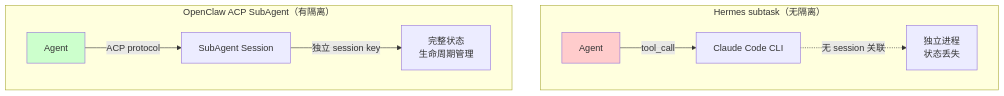
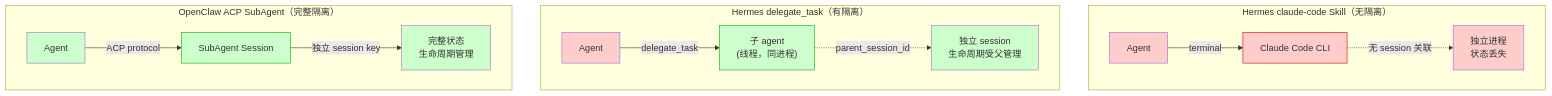
The second of 4 diagrams in 第3章-SubAgent对比.md (zzyong24/hermes-openclaw-book), drawn with Mermaid before and after one commit. The commit also changed other lines of this file and 6 other files, not shown here.

Commit message:
修复 mermaid 图表：flowchart 改为 graph 兼容 11.x

````diff
--- a/第3章-SubAgent对比.md
+++ b/第3章-SubAgent对比.md
@@ -122,15 +179,27 @@
 ```mermaid
-flowchart TD
-    subgraph Hermes["Hermes subtask（无隔离）"]
-        A1["Agent"] -->|tool_call| B1["Claude Code CLI"]
-        B1 -.->|无 session 关联| C1["独立进程<br>状态丢失"]
+graph TD
+    subgraph HermesSkill["Hermes claude-code Skill（无隔离）"]
+        A1["Agent"] -->|terminal| B1["Claude Code CLI"]
+        B1 -.->|无 session 关联| C1["独立进程<br/>状态丢失"]
     end
 
-    subgraph OpenClaw["OpenClaw ACP SubAgent（有隔离）"]
-        A2["Agent"] -->|ACP protocol| B2["SubAgent Session"]
-        B2 -->|独立 session key| C2["完整状态<br>生命周期管理"]
+    subgraph HermesDelegate["Hermes delegate_task（有隔离）"]
+        A2["Agent"] -->|delegate_task| B2["子 agent<br/>(线程，同进程)"]
+        B2 -.->|parent_session_id| C2["独立 session<br/>生命周期受父管理"]
+    end
+
+    subgraph OpenClaw["OpenClaw ACP SubAgent（完整隔离）"]
+        A3["Agent"] -->|ACP protocol| B3["SubAgent Session"]
+        B3 -->|独立 session key| C3["完整状态<br/>生命周期管理"]
     end
 
     style A1 fill:#ffcccc
-    style A2 fill:#ccffcc
+    style B1 fill:#ffcccc,stroke:#cc0000
+    style C1 fill:#ffcccc
+    style A2 fill:#ffcccc
+    style B2 fill:#ccffcc,stroke:#00aa00
+    style C2 fill:#ccffcc
+    style A3 fill:#ccffcc
+    style B3 fill:#ccffcc,stroke:#00aa00
+    style C3 fill:#ccffcc
 ```
````
